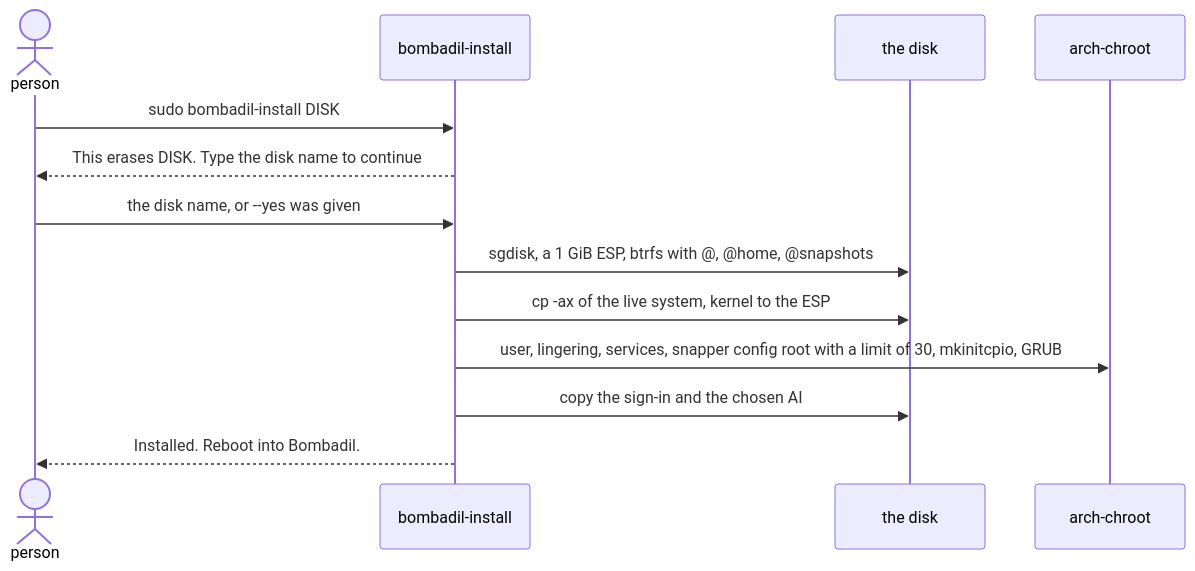
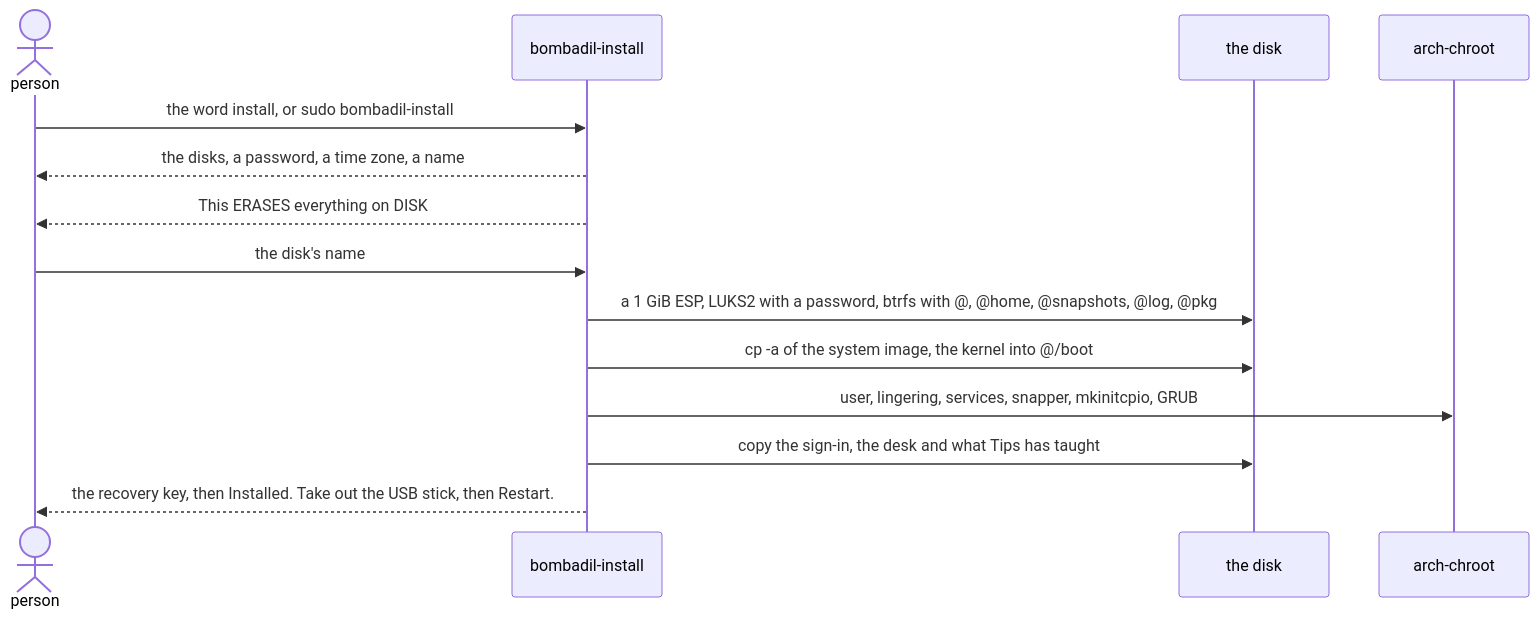
Before and after one commit to thedefaultman/Bombadil: diagram 13 of 25 in docs/ux/flows.md, drawn with Mermaid. The commit also changed other lines of this file and 22 other files, not shown here.

First line of the commit message:
docs: architecture, UX and brand pages brought up to date for the installed OS, the Tips app and card, and idle cost

````diff
--- a/docs/ux/flows.md
+++ b/docs/ux/flows.md
@@ -622,15 +627,16 @@
 ```mermaid
 sequenceDiagram
     actor U as person
     participant I as bombadil-install
     participant D as the disk
     participant C as arch-chroot
-    U->>I: sudo bombadil-install DISK
-    I-->>U: This erases DISK. Type the disk name to continue
-    U->>I: the disk name, or --yes was given
-    I->>D: sgdisk, a 1 GiB ESP, btrfs with @, @home, @snapshots
-    I->>D: cp -ax of the live system, kernel to the ESP
-    I->>C: user, lingering, services, snapper config root with a limit of 30, mkinitcpio, GRUB
-    I->>D: copy the sign-in and the chosen AI
-    I-->>U: Installed. Reboot into Bombadil.
+    U->>I: the word install, or sudo bombadil-install
+    I-->>U: the disks, a password, a time zone, a name
+    I-->>U: This ERASES everything on DISK
+    U->>I: the disk's name
+    I->>D: a 1 GiB ESP, LUKS2 with a password, btrfs with @, @home, @snapshots, @log, @pkg
+    I->>D: cp -a of the system image, the kernel into @/boot
+    I->>C: user, lingering, services, snapper, mkinitcpio, GRUB
+    I->>D: copy the sign-in, the desk and what Tips has taught
+    I-->>U: the recovery key, then Installed. Take out the USB stick, then Restart.
 ```
````
